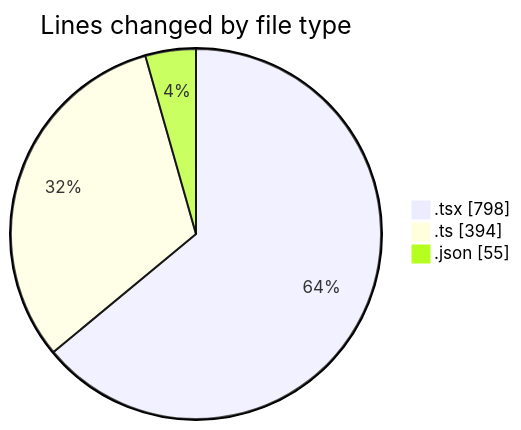
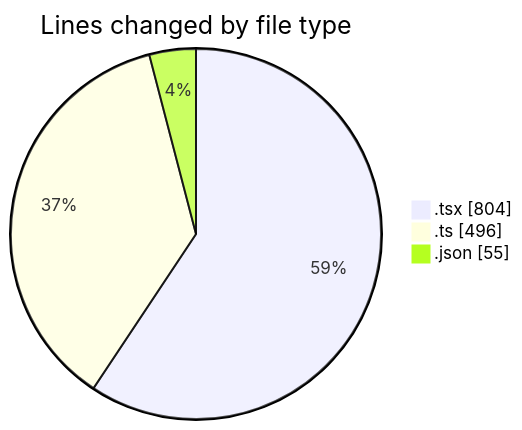
One commit to julien-gomy/code-tracking changed the first of 2 diagrams in 2025-10-21/eventscop-frontend-guide__workspace_/README.md. Above: the diagram before and after it, drawn with Mermaid. The commit also changed other lines of this file and 1 other file, not shown here.

````diff
--- a/2025-10-21/eventscop-frontend-guide__workspace_/README.md
+++ b/2025-10-21/eventscop-frontend-guide__workspace_/README.md
@@ -35,7 +36,7 @@
 ```mermaid
 pie showData
 title Lines changed by file type
-".tsx" : 798
-".ts" : 394
+".tsx" : 804
+".ts" : 496
 ".json" : 55
 ```
````
